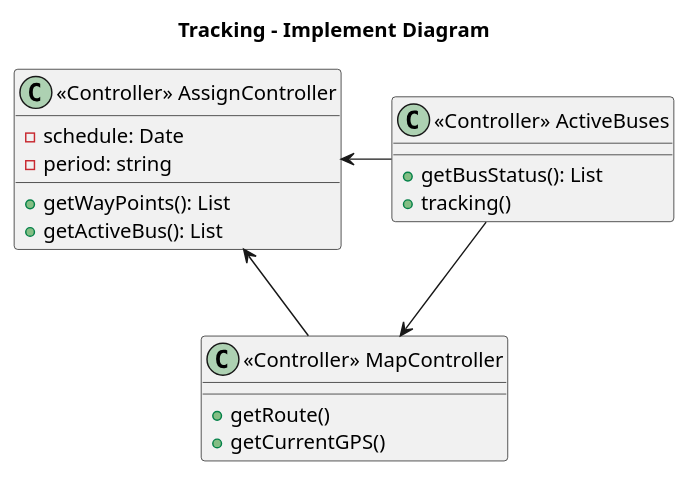
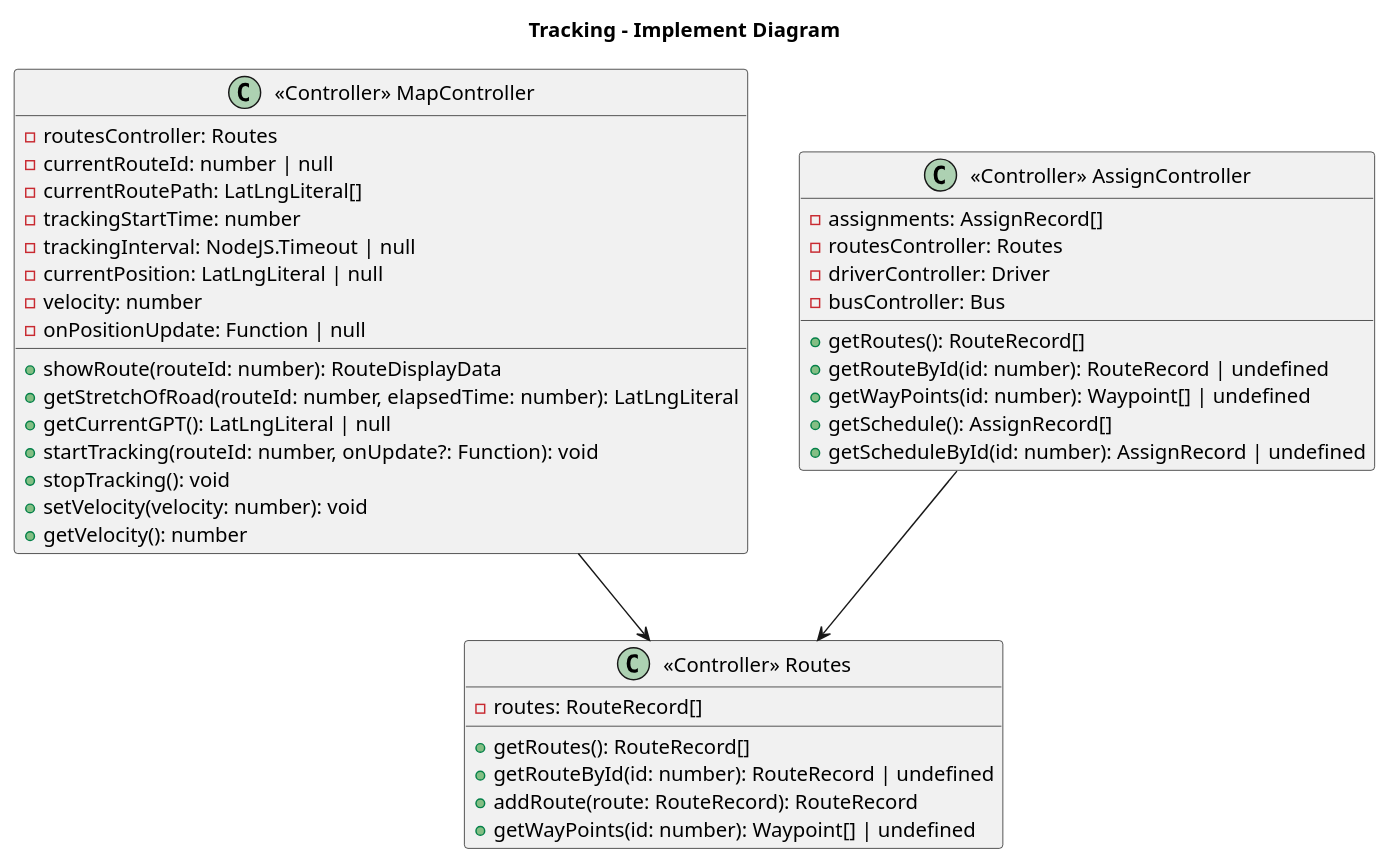
One commit to Bancie/UltraBus changed the diagram in Bus-Smart-app/public/model/uml/implement_and_sequence/tracking_feature/implement.puml. Above: the diagram before and after it, drawn with PlantUML. The commit also changed 7 other files, not shown here.

First line of the commit message:
Update UML diagrams for assign and tracking features

```diff
--- a/Bus-Smart-app/public/model/uml/implement_and_sequence/tracking_feature/implement.puml
+++ b/Bus-Smart-app/public/model/uml/implement_and_sequence/tracking_feature/implement.puml
@@ -1,24 +1,44 @@
 @startuml
 title Tracking - Implement Diagram
 
-class "<<Controller>> AssignController" as ac {
-    - schedule: Date
-    - period: string
-    + getWayPoints(): List
-    + getActiveBus(): List
+class "<<Controller>> MapController" as mc {
+    - routesController: Routes
+    - currentRouteId: number | null
+    - currentRoutePath: LatLngLiteral[]
+    - trackingStartTime: number
+    - trackingInterval: NodeJS.Timeout | null
+    - currentPosition: LatLngLiteral | null
+    - velocity: number
+    - onPositionUpdate: Function | null
+    + showRoute(routeId: number): RouteDisplayData
+    + getStretchOfRoad(routeId: number, elapsedTime: number): LatLngLiteral
+    + getCurrentGPT(): LatLngLiteral | null
+    + startTracking(routeId: number, onUpdate?: Function): void
+    + stopTracking(): void
+    + setVelocity(velocity: number): void
+    + getVelocity(): number
 }
 
-class "<<Controller>> ActiveBuses" as ab {
-    + getBusStatus(): List
-    + tracking()
+class "<<Controller>> AssignController" as ac {
+    - assignments: AssignRecord[]
+    - routesController: Routes
+    - driverController: Driver
+    - busController: Bus
+    + getRoutes(): RouteRecord[]
+    + getRouteById(id: number): RouteRecord | undefined
+    + getWayPoints(id: number): Waypoint[] | undefined
+    + getSchedule(): AssignRecord[]
+    + getScheduleById(id: number): AssignRecord | undefined
 }
 
-class "<<Controller>> MapController" as mc {
-    + getRoute()
-    + getCurrentGPS()
+class "<<Controller>> Routes" as r {
+    - routes: RouteRecord[]
+    + getRoutes(): RouteRecord[]
+    + getRouteById(id: number): RouteRecord | undefined
+    + addRoute(route: RouteRecord): RouteRecord
+    + getWayPoints(id: number): Waypoint[] | undefined
 }
 
-ab -left-> ac
-ab --> mc
-mc --> ac
+mc --> r
+ac --> r
 @enduml
```
